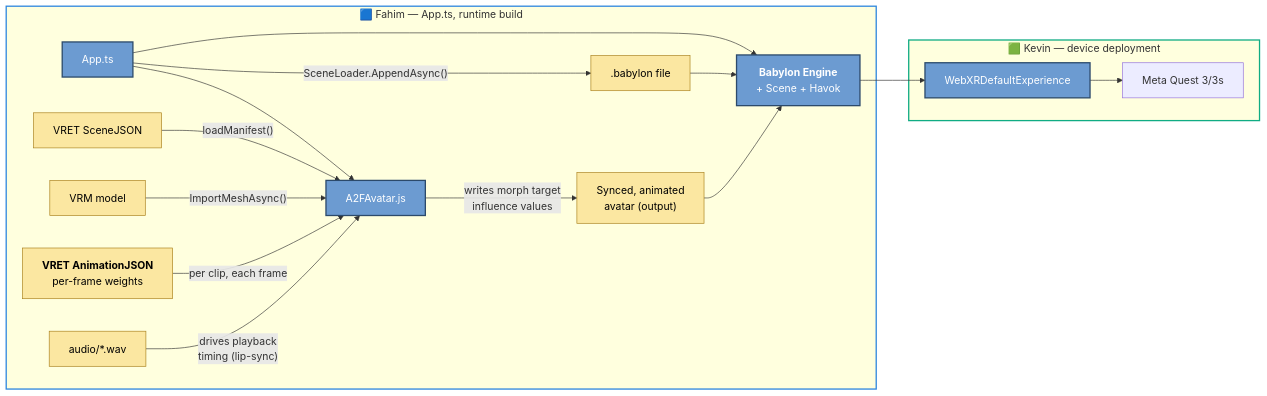
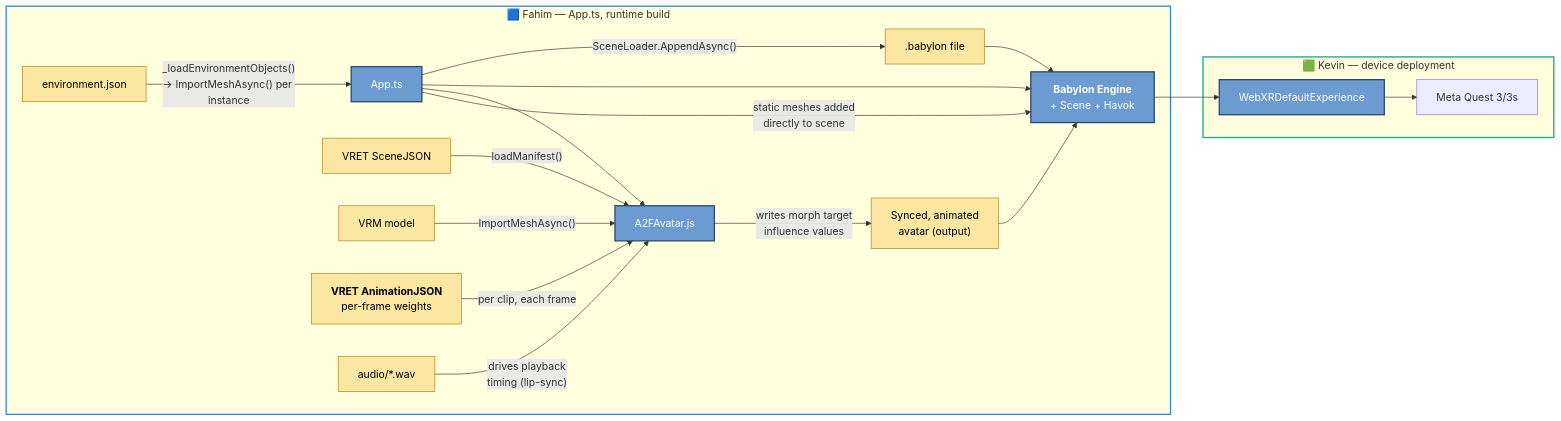
One commit to SBU-VRET/VRET-Project changed the seventh of 8 diagrams in docs/TECH_PIPELINE.md. Above: the diagram before and after it, drawn with Mermaid. The commit also changed other lines of this file and 12 other files, not shown here.

Commit message:
Add runtime .glb object loading via a new environment.json placement manifest, and bring TECH_PIPELINE/ANIMATION_PIPELINE docs in line with it. Update team PLAN.md files with this week's meeting progress and the idle-vs-regular animation ownership split.

````diff
--- a/docs/TECH_PIPELINE.md
+++ b/docs/TECH_PIPELINE.md
@@ -220,26 +219,28 @@
 ```mermaid
 flowchart LR
     subgraph F6["🟦 Fahim — App.ts, runtime build"]
     AppTS["App.ts"] -->|"SceneLoader.AppendAsync()"| BabylonScene[".babylon file"]
     AppTS --> Engine["<b>Babylon Engine</b><br/>+ Scene + Havok"]
     BabylonScene --> Engine
     AppTS --> A2FAvatar["A2FAvatar.js"]
     SceneJSON["VRET SceneJSON"] -->|"loadManifest()"| A2FAvatar
     VRM["VRM model"] -->|"ImportMeshAsync()"| A2FAvatar
     RuntimeJSON["<b>VRET AnimationJSON</b><br/>per-frame weights"] -->|"per clip, each frame"| A2FAvatar
     WAV["audio/*.wav"] -->|"drives playback<br/>timing (lip-sync)"| A2FAvatar
     A2FAvatar -->|"writes morph target<br/>influence values"| LiveAvatar["Synced, animated<br/>avatar (output)"]
     LiveAvatar --> Engine
+    EnvJSON6["environment.json"] -->|"_loadEnvironmentObjects()<br/>-> ImportMeshAsync() per instance"| AppTS
+    AppTS -->|"static meshes added<br/>directly to scene"| Engine
     end
     subgraph K6["🟩 Kevin — device deployment"]
     Engine --> WebXR["WebXRDefaultExperience"]
     WebXR --> Quest["Meta Quest 3/3s"]
     end
 
     style F6 stroke:#2E86DE,stroke-width:2px
     style K6 stroke:#10AC84,stroke-width:2px
     classDef tool fill:#6c9bd1,stroke:#2c4a6b,stroke-width:2px,color:#fff;
     classDef artifact fill:#fbe7a1,stroke:#a87f1a,stroke-width:1px,color:#000;
     class AppTS,Engine,A2FAvatar,WebXR tool
-    class BabylonScene,SceneJSON,VRM,RuntimeJSON,WAV,LiveAvatar artifact
+    class BabylonScene,SceneJSON,VRM,RuntimeJSON,WAV,LiveAvatar,EnvJSON6 artifact
 ```
````
